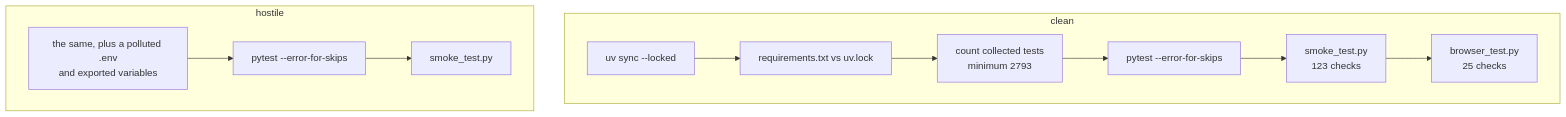
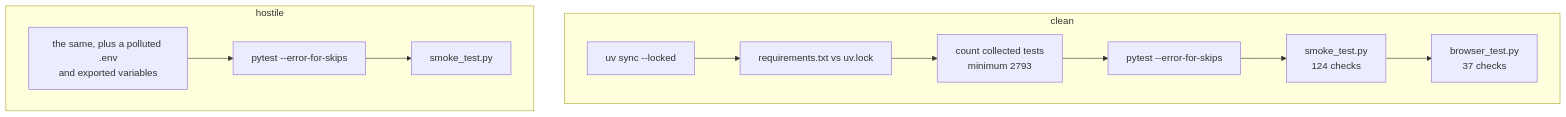
One commit to IAMN1/link-shortener changed the diagram in docs/testing.md. Above: the diagram before and after it, drawn with Mermaid. The commit also changed other lines of this file and 30 other files, not shown here.

````diff
--- a/docs/testing.md
+++ b/docs/testing.md
@@ -323,12 +367,12 @@
 ```mermaid
 flowchart TD
     subgraph clean["clean"]
         C1[uv sync --locked] --> C2[requirements.txt vs uv.lock]
         C2 --> C3[count collected tests<br/>minimum 2793] --> C4[pytest --error-for-skips]
-        C4 --> C5[smoke_test.py<br/>123 checks] --> C6[browser_test.py<br/>25 checks]
+        C4 --> C5[smoke_test.py<br/>124 checks] --> C6[browser_test.py<br/>37 checks]
     end
     subgraph hostile["hostile"]
         H1[the same, plus a polluted .env<br/>and exported variables] --> H2[pytest --error-for-skips]
         H2 --> H3[smoke_test.py]
     end
 ```
````
